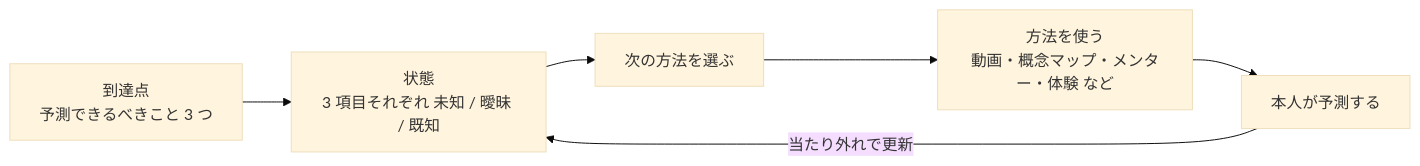
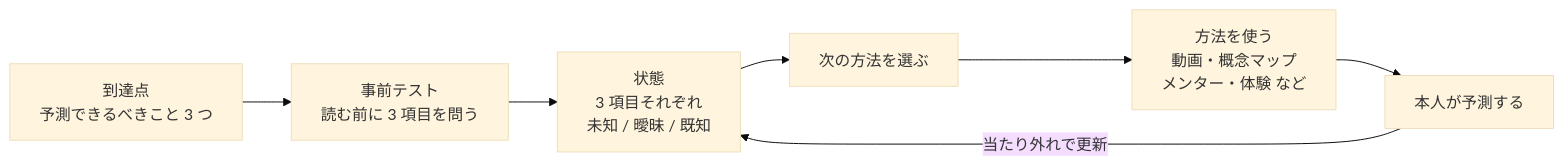
One commit to kimuchanman/kimuchanman.github.io changed the first of 2 diagrams in src/content/blog/understanding-framework.md. Above: the diagram before and after it, drawn with Mermaid (base theme). The commit also changed other lines of this file, not shown here.

Commit message:
Understanding post: show the pretest in the overview diagram

````diff
--- a/src/content/blog/understanding-framework.md
+++ b/src/content/blog/understanding-framework.md
@@ -17,8 +17,9 @@
 ```mermaid
 flowchart LR
-  G["到達点<br/>予測できるべきこと 3 つ"] --> S["状態<br/>3 項目それぞれ 未知 / 曖昧 / 既知"]
+  G["到達点<br/>予測できるべきこと 3 つ"] --> T["事前テスト<br/>読む前に 3 項目を問う"]
+  T --> S["状態<br/>3 項目それぞれ<br/>未知 / 曖昧 / 既知"]
   S --> C["次の方法を選ぶ"]
-  C --> M["方法を使う<br/>動画・概念マップ・メンター・体験 など"]
+  C --> M["方法を使う<br/>動画・概念マップ<br/>メンター・体験 など"]
   M --> P["本人が予測する"]
   P -->|当たり外れで更新| S
 ```
````
